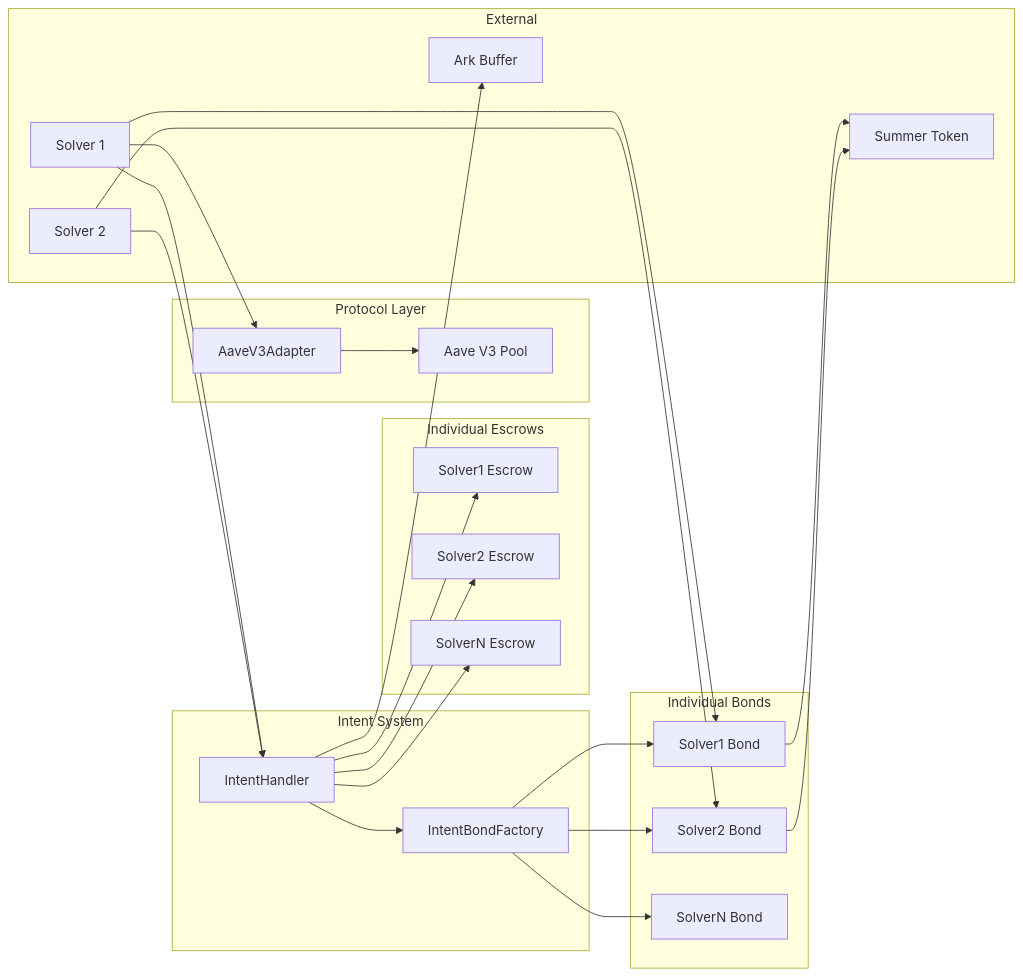
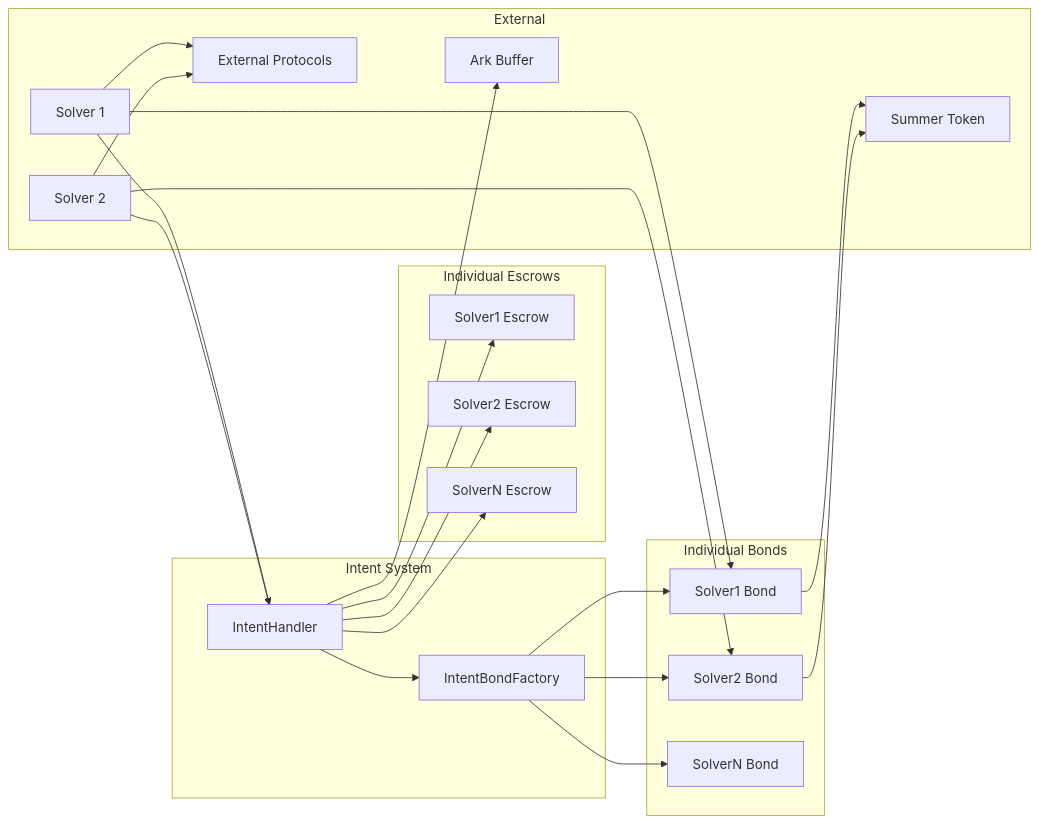
One commit to OasisDEX/summer-earn-protocol changed the second of 3 diagrams in packages/core-contracts/src/contracts/intent/README.md. Above: the diagram before and after it, drawn with Mermaid. The commit also changed other lines of this file and 1 other file, not shown here.

````diff
--- a/packages/core-contracts/src/contracts/intent/README.md
+++ b/packages/core-contracts/src/contracts/intent/README.md
@@ -141,48 +137,44 @@
 ```mermaid
 graph LR
     subgraph "Intent System"
         Handler[IntentHandler]
         Factory[IntentBondFactory]
     end
     
     subgraph "Individual Bonds"
         Bond1[Solver1 Bond]
         Bond2[Solver2 Bond]
         BondN[SolverN Bond]
     end
     
     subgraph "Individual Escrows"
         Escrow1[Solver1 Escrow]
         Escrow2[Solver2 Escrow]
         EscrowN[SolverN Escrow]
     end
     
-    subgraph "Protocol Layer"
-        Adapter[AaveV3Adapter]
-        Protocol[Aave V3 Pool]
-    end
-    
     subgraph "External"
         Solver1[Solver 1]
         Solver2[Solver 2]
         Summer[Summer Token]
         Ark[Ark Buffer]
+        Protocol[External Protocols]
     end
     
     Handler --> Factory
     Factory --> Bond1
     Factory --> Bond2
     Factory --> BondN
     Handler --> Escrow1
     Handler --> Escrow2
     Handler --> EscrowN
     Solver1 --> Bond1
     Solver2 --> Bond2
     Solver1 --> Handler
     Solver2 --> Handler
-    Solver1 --> Adapter
-    Adapter --> Protocol
+    Solver1 --> Protocol
+    Solver2 --> Protocol
     Bond1 --> Summer
     Bond2 --> Summer
     Handler --> Ark
 ```
````
